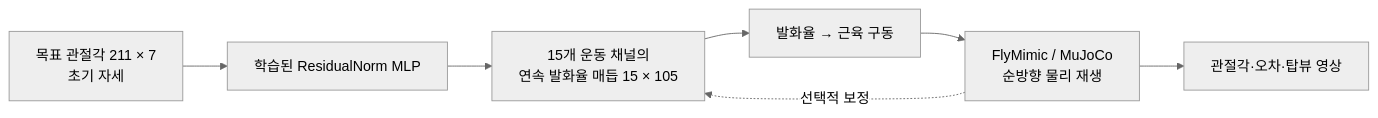
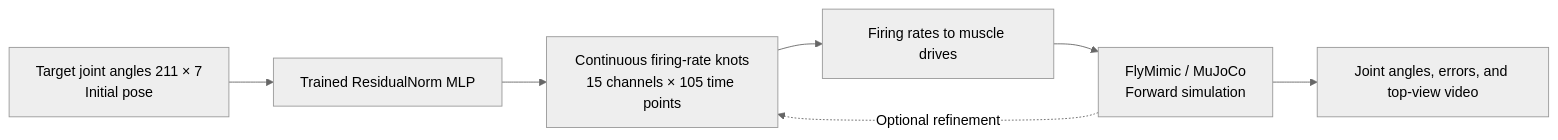
One commit to IlleJiViN/REvFLY changed the diagram in README.md. Above: the diagram before and after it, drawn with Mermaid (neutral theme). The commit also changed other lines of this file and 14 other files, not shown here.

````diff
--- a/README.md
+++ b/README.md
@@ -13,9 +13,9 @@
 ```mermaid
 flowchart LR
-    A["목표 관절각 211 × 7<br/>초기 자세"] --> B["학습된 ResidualNorm MLP"]
-    B --> C["15개 운동 채널의<br/>연속 발화율 매듭 15 × 105"]
-    C --> D["발화율 → 근육 구동"]
-    D --> E["FlyMimic / MuJoCo<br/>순방향 물리 재생"]
-    E --> F["관절각·오차·탑뷰 영상"]
-    E -. "선택적 보정" .-> C
+    A["Target joint angles 211 × 7<br/>Initial pose"] --> B["Trained ResidualNorm MLP"]
+    B --> C["Continuous firing-rate knots<br/>15 channels × 105 time points"]
+    C --> D["Firing rates to muscle drives"]
+    D --> E["FlyMimic / MuJoCo<br/>Forward simulation"]
+    E --> F["Joint angles, errors, and top-view video"]
+    E -. "Optional refinement" .-> C
 ```
````
